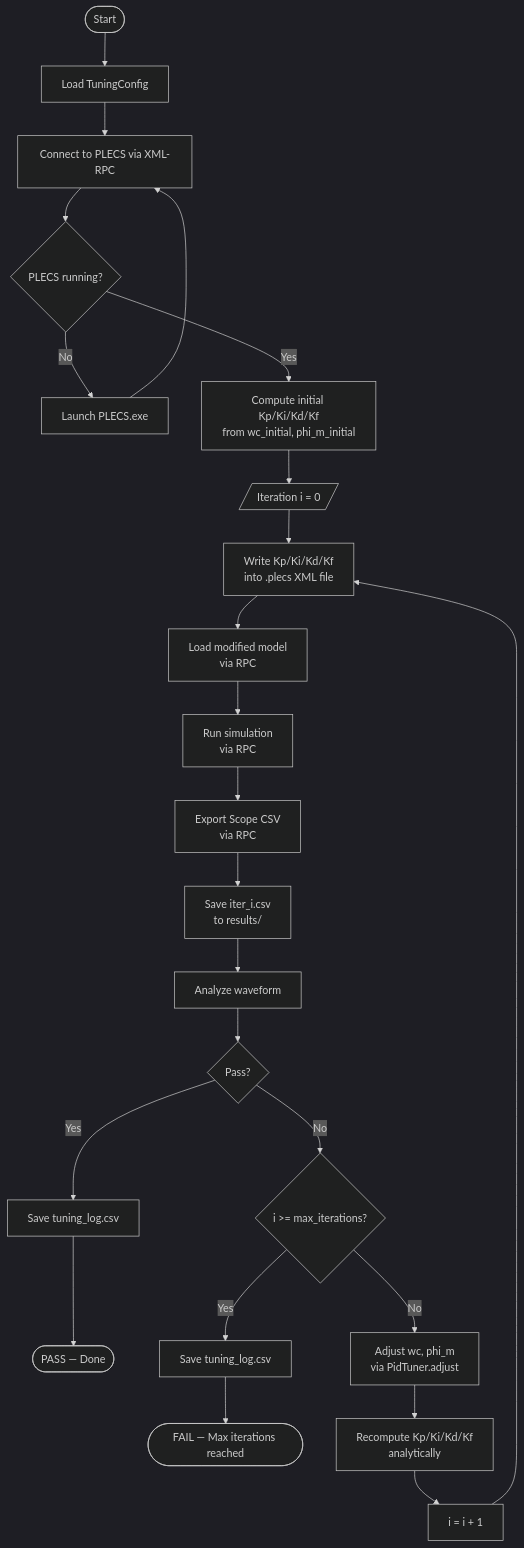
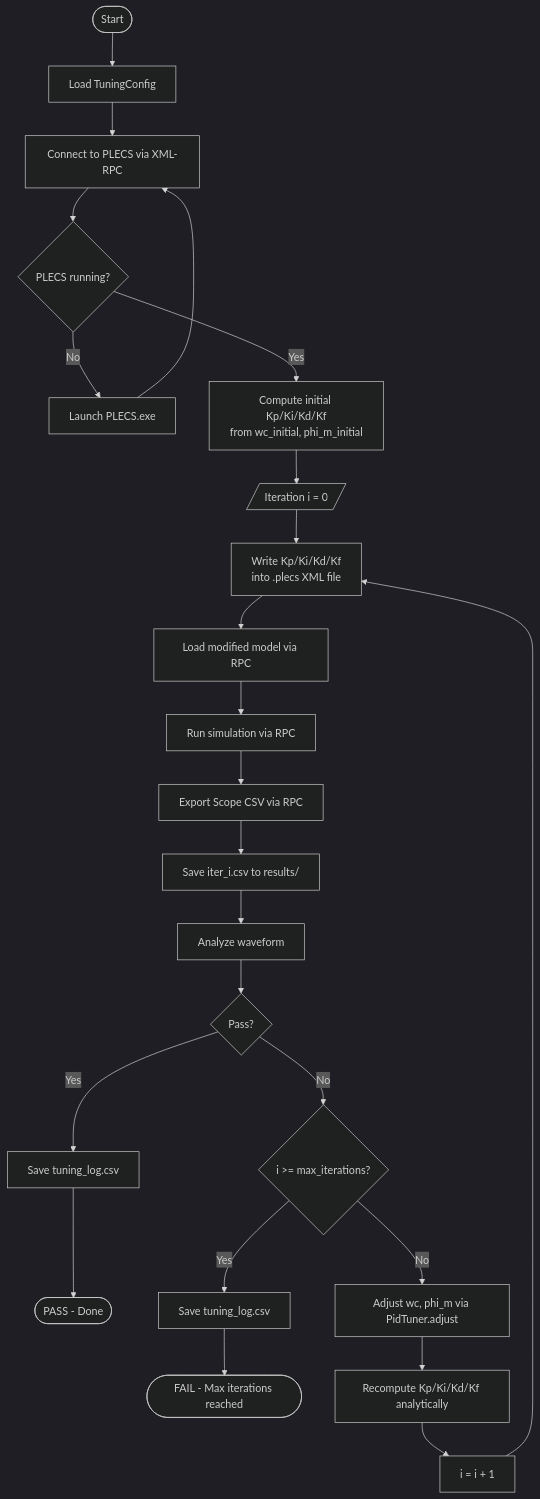
One commit to mianliao2000/plecs-pid-autotuner changed the first of 5 diagrams in README.md. Above: the diagram before and after it, drawn with Mermaid (dark theme). The commit also changed other lines of this file, not shown here.

Commit message:
Fix Mermaid flowcharts: replace Unicode symbols with plain ASCII

````diff
--- a/README.md
+++ b/README.md
@@ -174,27 +174,26 @@
 ```mermaid
 flowchart TD
     A([Start]) --> B[Load TuningConfig]
     B --> C[Connect to PLECS via XML-RPC]
     C --> D{PLECS running?}
     D -- No --> E[Launch PLECS.exe]
     E --> C
-    D -- Yes --> F[Compute initial Kp/Ki/Kd/Kf\nfrom wc_initial, phi_m_initial]
+    D -- Yes --> F["Compute initial Kp/Ki/Kd/Kf\nfrom wc_initial, phi_m_initial"]
     F --> G[/Iteration i = 0/]
-
-    G --> H[Write Kp/Ki/Kd/Kf\ninto .plecs XML file]
-    H --> I[Load modified model\nvia RPC]
-    I --> J[Run simulation\nvia RPC]
-    J --> K[Export Scope CSV\nvia RPC]
-    K --> L[Save iter_i.csv\nto results/]
+    G --> H["Write Kp/Ki/Kd/Kf\ninto .plecs XML file"]
+    H --> I[Load modified model via RPC]
+    I --> J[Run simulation via RPC]
+    J --> K[Export Scope CSV via RPC]
+    K --> L["Save iter_i.csv to results/"]
     L --> M[Analyze waveform]
     M --> N{Pass?}
     N -- Yes --> O[Save tuning_log.csv]
-    O --> P([PASS — Done])
+    O --> P([PASS - Done])
     N -- No --> Q{i >= max_iterations?}
     Q -- Yes --> R[Save tuning_log.csv]
-    R --> S([FAIL — Max iterations reached])
-    Q -- No --> T[Adjust wc, phi_m\nvia PidTuner.adjust]
-    T --> U[Recompute Kp/Ki/Kd/Kf\nanalytically]
+    R --> S([FAIL - Max iterations reached])
+    Q -- No --> T["Adjust wc, phi_m via PidTuner.adjust"]
+    T --> U["Recompute Kp/Ki/Kd/Kf analytically"]
     U --> V[i = i + 1]
     V --> H
 ```
````
